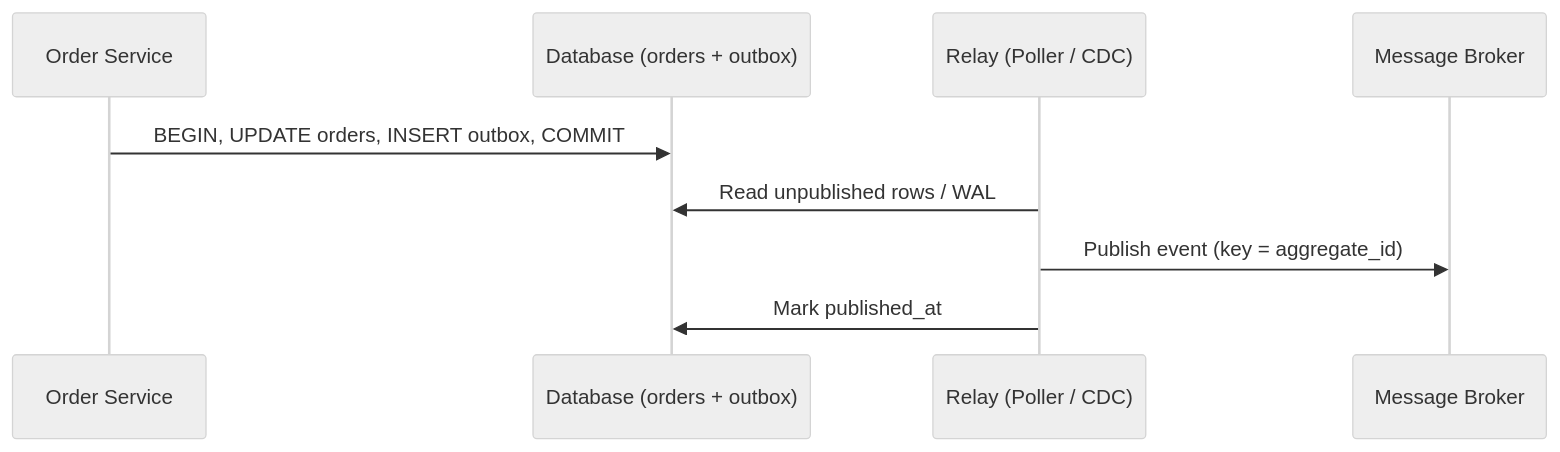
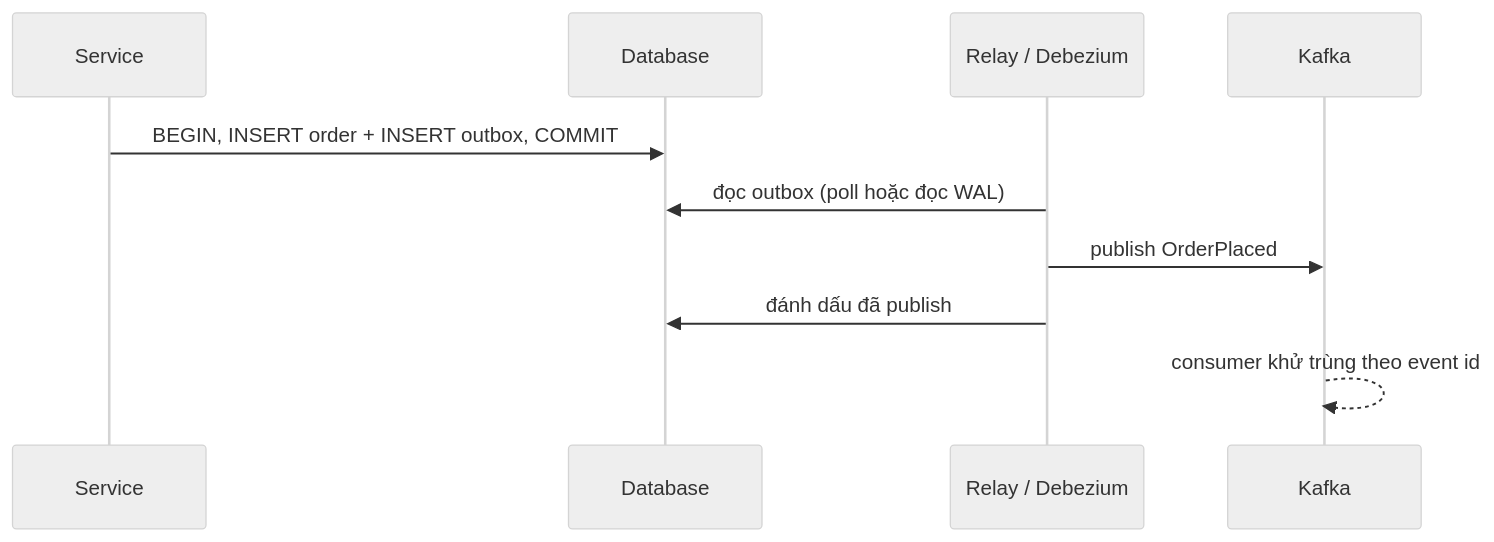
One commit to passion-Infinity/personal-tech-playbook changed the diagram in src/assets/knowledge/playbooks/system-design/outbox-pattern.md. Above: the diagram before and after it, drawn with Mermaid (neutral theme). The commit also changed other lines of this file and 10 other files, not shown here.

````diff
--- a/src/assets/knowledge/playbooks/system-design/outbox-pattern.md
+++ b/src/assets/knowledge/playbooks/system-design/outbox-pattern.md
@@ -24,11 +35,12 @@
 ```mermaid
 sequenceDiagram
-    participant S as Order Service
-    participant DB as Database (orders + outbox)
-    participant R as Relay (Poller / CDC)
-    participant K as Message Broker
-    S->>DB: BEGIN, UPDATE orders, INSERT outbox, COMMIT
-    R->>DB: Read unpublished rows / WAL
-    R->>K: Publish event (key = aggregate_id)
-    R->>DB: Mark published_at
+    participant S as Service
+    participant DB as Database
+    participant R as Relay / Debezium
+    participant K as Kafka
+    S->>DB: BEGIN, INSERT order + INSERT outbox, COMMIT
+    R->>DB: đọc outbox (poll hoặc đọc WAL)
+    R->>K: publish OrderPlaced
+    R->>DB: đánh dấu đã publish
+    K-->>K: consumer khử trùng theo event id
 ```
````
